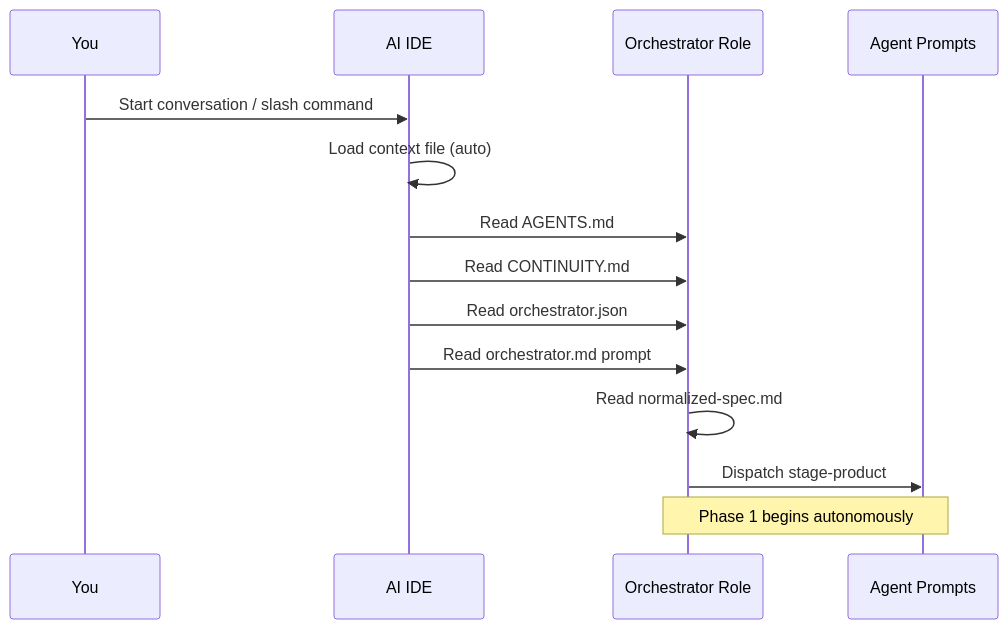
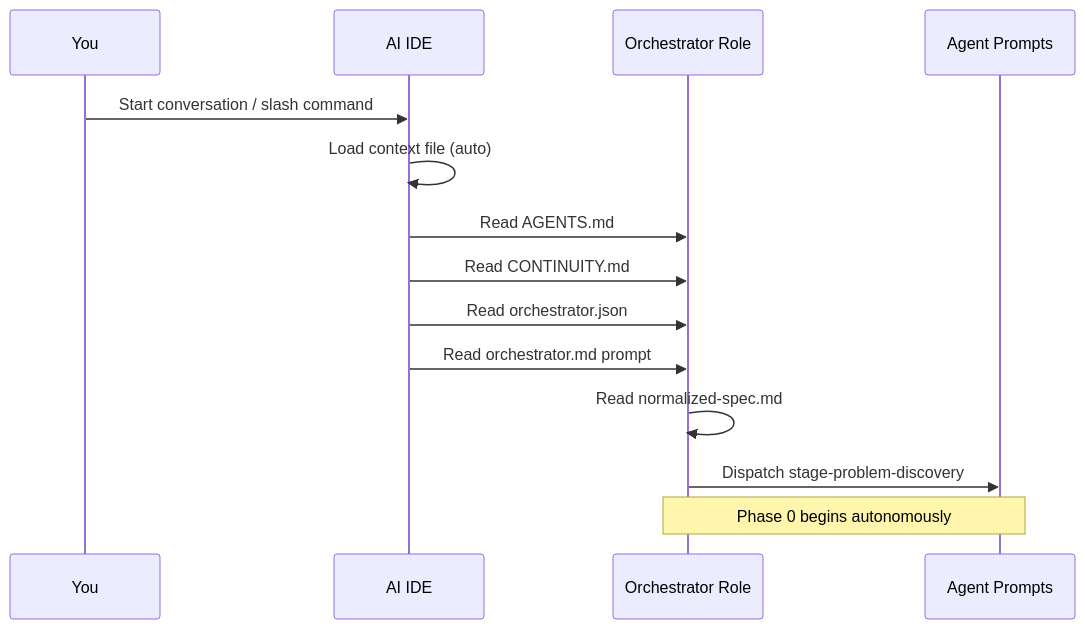
One commit to bitbitcodes/autonomous-sdlc changed the fourth of 5 diagrams in docs/usage-guide.md. Above: the diagram before and after it, drawn with Mermaid. The commit also changed other lines of this file and 131 other files, not shown here.

First line of the commit message:
feat(phase-config,governance,cost): Phase presets, custom agents, and other minor  changes

````diff
--- a/docs/usage-guide.md
+++ b/docs/usage-guide.md
@@ -204,17 +204,17 @@
 ```mermaid
 sequenceDiagram
     participant You
     participant IDE as AI IDE
     participant Orch as Orchestrator Role
     participant Agents as Agent Prompts
 
     You->>IDE: Start conversation / slash command
     IDE->>IDE: Load context file (auto)
     IDE->>Orch: Read AGENTS.md
     IDE->>Orch: Read CONTINUITY.md
     IDE->>Orch: Read orchestrator.json
     IDE->>Orch: Read orchestrator.md prompt
     Orch->>Orch: Read normalized-spec.md
-    Orch->>Agents: Dispatch stage-product
-    Note over Orch,Agents: Phase 1 begins autonomously
+    Orch->>Agents: Dispatch stage-problem-discovery
+    Note over Orch,Agents: Phase 0 begins autonomously
 ```
````
